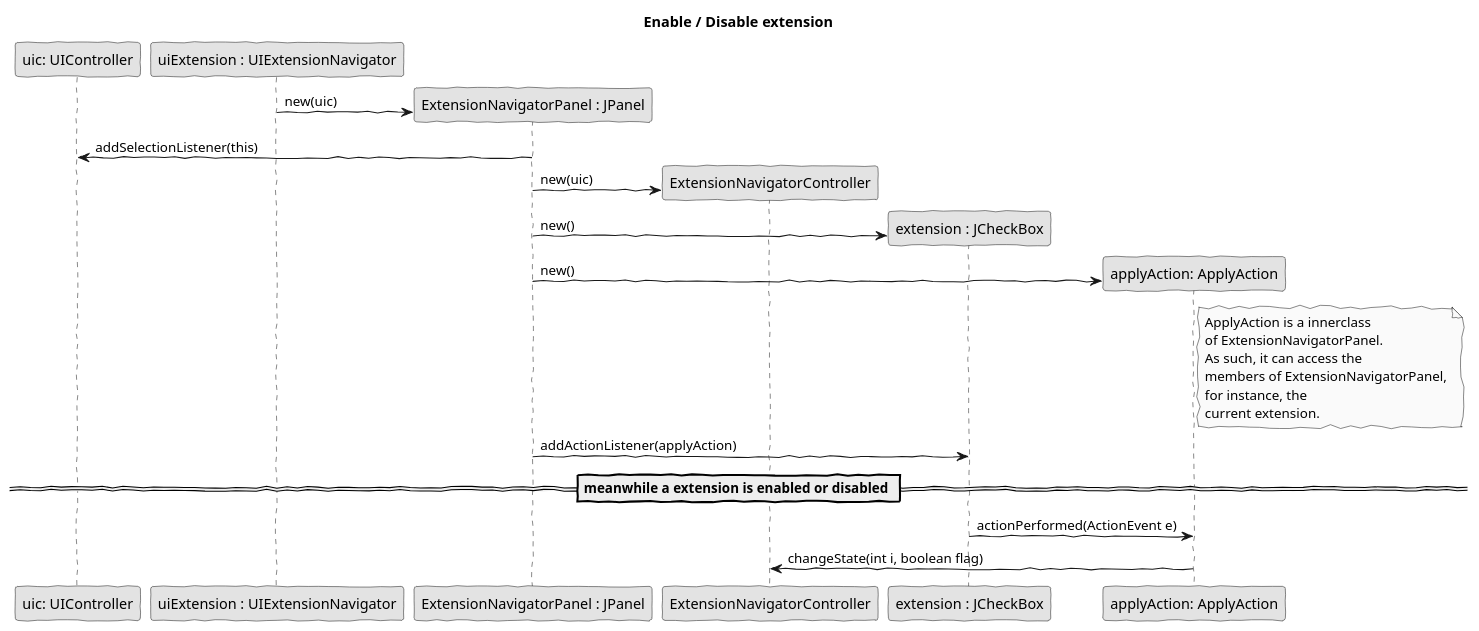
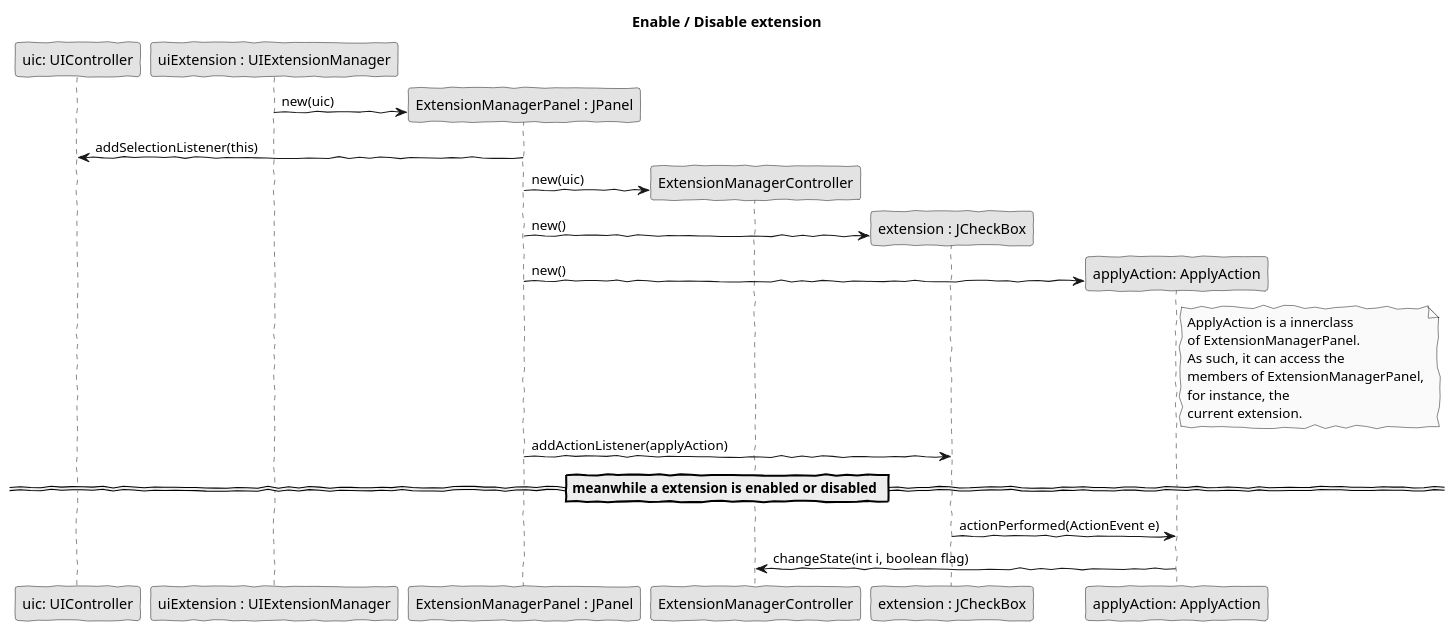
The diagram in src/main/java/lapr4/red/s1/core/n1131106/extensionsmanager/core01_01_activeDesactive.puml (PeFerreira98/ISEP.Lic.LAPR4_2017), drawn with PlantUML before and after one commit. The commit also changed 12 other files, not shown here.

```diff
--- a/src/main/java/lapr4/red/s1/core/n1131106/extensionsmanager/core01_01_activeDesactive.puml
+++ b/src/main/java/lapr4/red/s1/core/n1131106/extensionsmanager/core01_01_activeDesactive.puml
@@ -1,45 +1,45 @@
 @startuml core01_01_activeDesactive.png
 skinparam handwritten true
 skinparam monochrome true
 skinparam packageStyle rect
 skinparam defaultFontName FG Virgil
 skinparam shadowing false
 
 title Enable / Disable extension
 participant "uic: UIController" as uic
-    participant "uiExtension : UIExtensionNavigator" as UIExt
-    participant "ExtensionNavigatorPanel : JPanel" as cp
-    participant "ExtensionNavigatorController" as ctrl
+    participant "uiExtension : UIExtensionManager" as UIExt
+    participant "ExtensionManagerPanel : JPanel" as cp
+    participant "ExtensionManagerController" as ctrl
     participant "extension : JCheckBox" as check
     participant "applyAction: ApplyAction" as applyAction
 
     create cp
     UIExt -> cp :  new(uic) 
     
     cp -> uic : addSelectionListener(this)
 
     create ctrl
     cp -> ctrl : new(uic)
 
     create check
     cp -> check : new()
 
     create applyAction
     cp -> applyAction : new()
 
     note right of applyAction
         ApplyAction is a innerclass 
-        of ExtensionNavigatorPanel.
+        of ExtensionManagerPanel.
         As such, it can access the 
-        members of ExtensionNavigatorPanel,
+        members of ExtensionManagerPanel,
         for instance, the
         current extension.
     end note
 
     cp -> check : addActionListener(applyAction)
 
     == meanwhile a extension is enabled or disabled ==
 
     check -> applyAction : actionPerformed(ActionEvent e)
     applyAction -> ctrl : changeState(int i, boolean flag)
 @enduml
```
